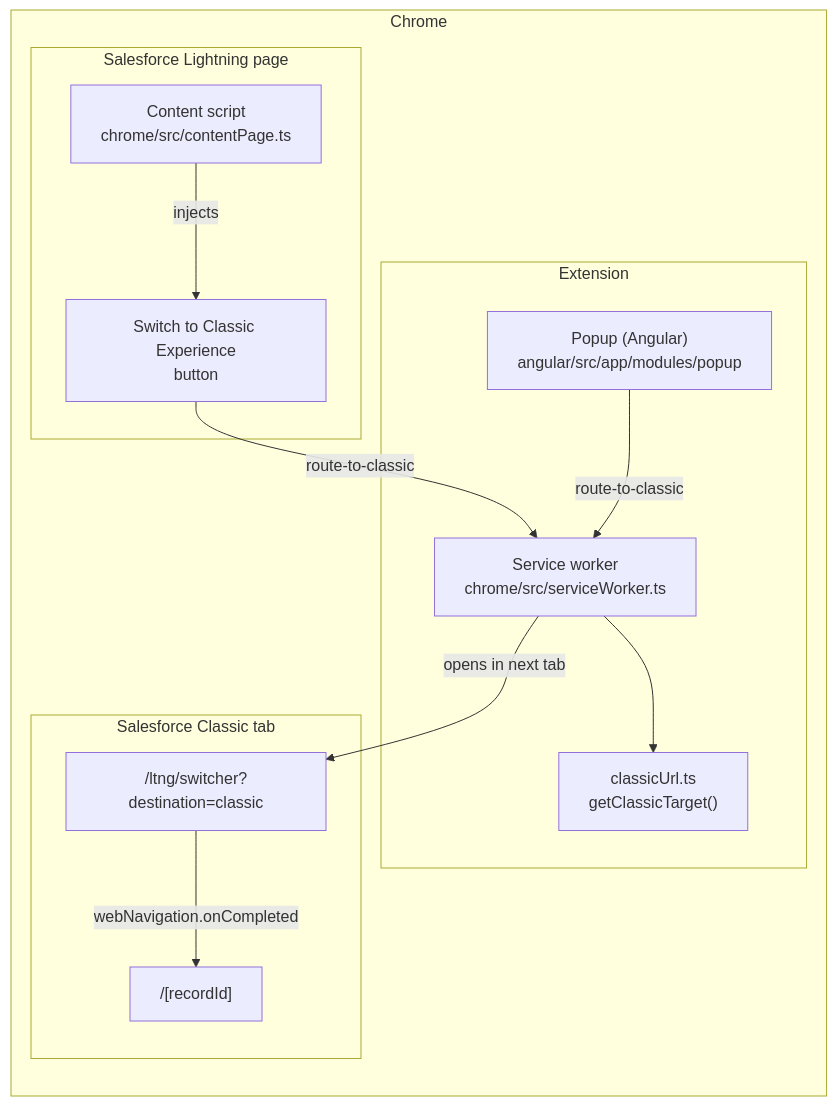
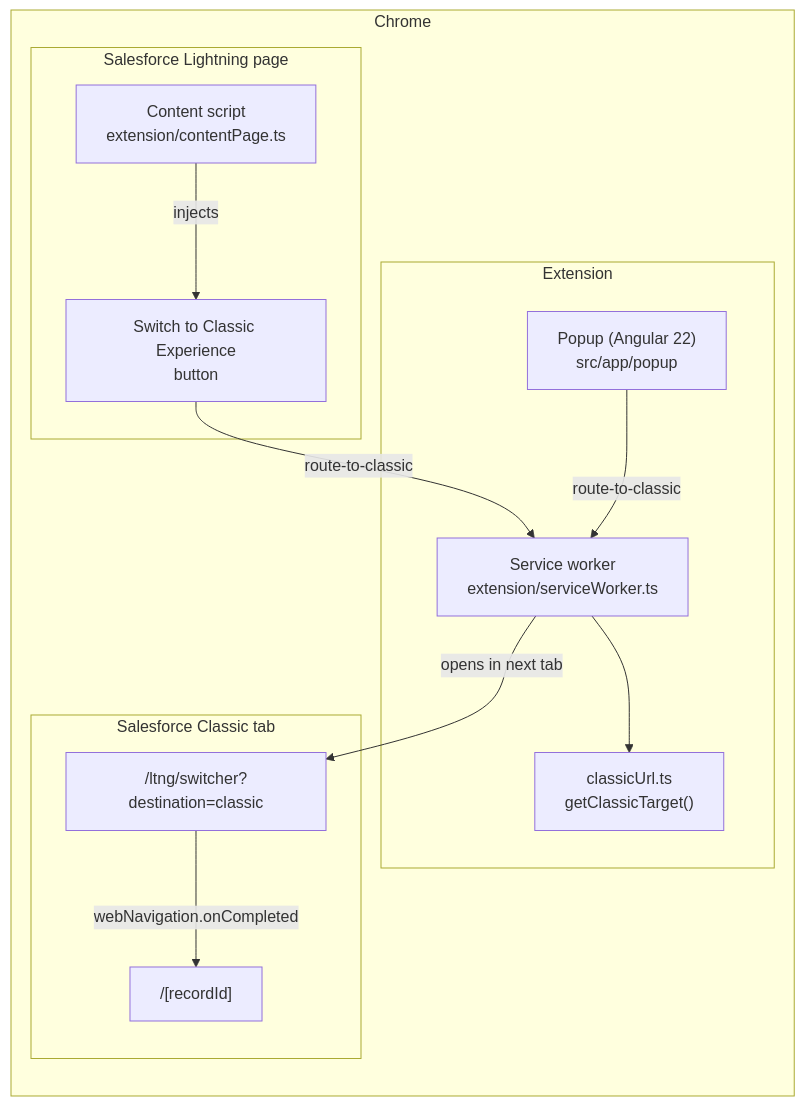
The first of 3 diagrams in docs/architecture.md (selegic/switch-to-classic), drawn with Mermaid before and after one commit. The commit also changed other lines of this file and 77 other files, not shown here.

````diff
--- a/docs/architecture.md
+++ b/docs/architecture.md
@@ -6,29 +6,29 @@
 ```mermaid
 flowchart LR
     subgraph Browser["Chrome"]
         direction TB
 
         subgraph Lightning["Salesforce Lightning page"]
-            CS["Content script<br/>chrome/src/contentPage.ts"]
+            CS["Content script<br/>extension/contentPage.ts"]
             BTN["Switch to Classic Experience<br/>button"]
             CS -->|injects| BTN
         end
 
         subgraph Extension["Extension"]
-            POP["Popup (Angular)<br/>angular/src/app/modules/popup"]
-            SW["Service worker<br/>chrome/src/serviceWorker.ts"]
+            POP["Popup (Angular 22)<br/>src/app/popup"]
+            SW["Service worker<br/>extension/serviceWorker.ts"]
             URL["classicUrl.ts<br/>getClassicTarget()"]
         end
 
         subgraph Classic["Salesforce Classic tab"]
             SWITCHER["/ltng/switcher?destination=classic"]
             RECORD["/[recordId]"]
         end
     end
 
     BTN -->|"route-to-classic"| SW
     POP -->|"route-to-classic"| SW
     SW --> URL
     SW -->|opens in next tab| SWITCHER
     SWITCHER -->|"webNavigation.onCompleted"| RECORD
 ```
````
